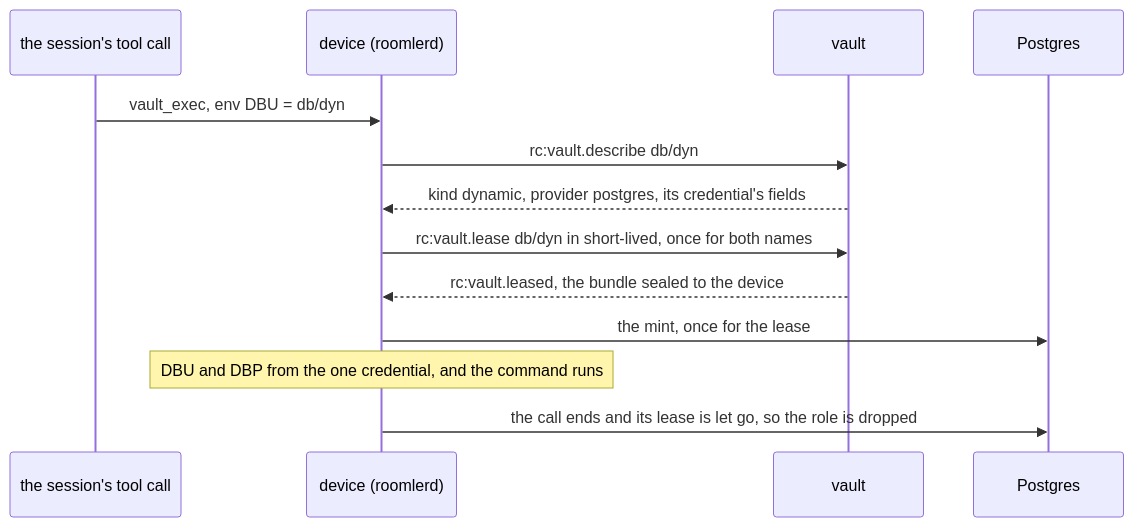
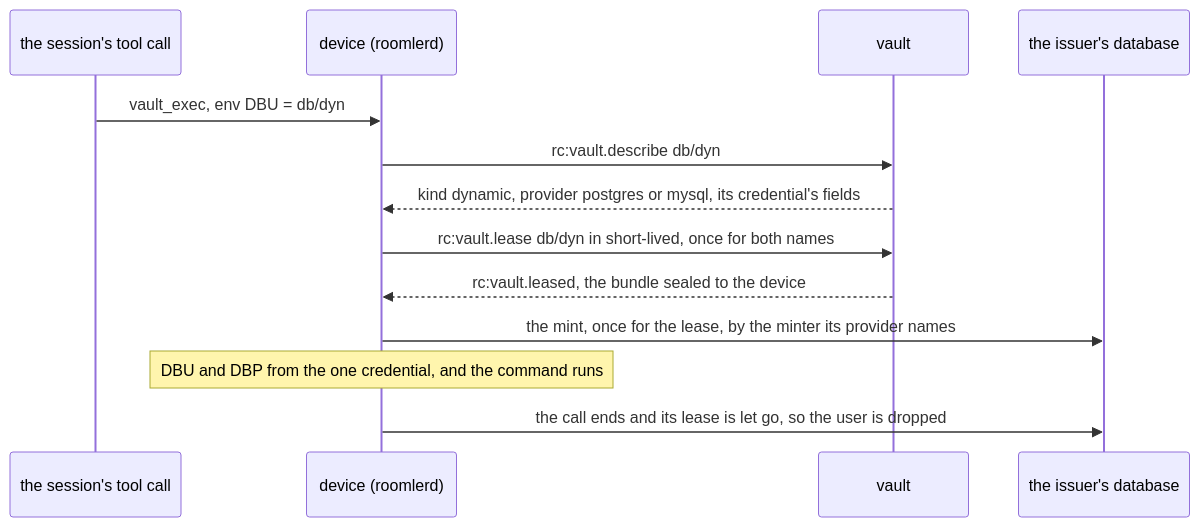
Diagram 24 of 25 in docs/vault.md (gjovanov/roomler-ai), drawn with Mermaid before and after one commit. The commit also changed other lines of this file and 13 other files, not shown here.

````diff
--- a/docs/vault.md
+++ b/docs/vault.md
@@ -1628,15 +1629,15 @@
 ```mermaid
 sequenceDiagram
     participant S as the session's tool call
     participant D as device (roomlerd)
     participant V as vault
-    participant P as Postgres
+    participant P as the issuer's database
     S->>D: vault_exec, env DBU = db/dyn#user and DBP = db/dyn#password
     D->>V: rc:vault.describe db/dyn
-    V-->>D: kind dynamic, provider postgres, its credential's fields
+    V-->>D: kind dynamic, provider postgres or mysql, its credential's fields
     D->>V: rc:vault.lease db/dyn in short-lived, once for both names
     V-->>D: rc:vault.leased, the bundle sealed to the device
-    D->>P: the mint, once for the lease
+    D->>P: the mint, once for the lease, by the minter its provider names
     Note over D: DBU and DBP from the one credential, and the command runs
-    D->>P: the call ends and its lease is let go, so the role is dropped
+    D->>P: the call ends and its lease is let go, so the user is dropped
 ```
````
